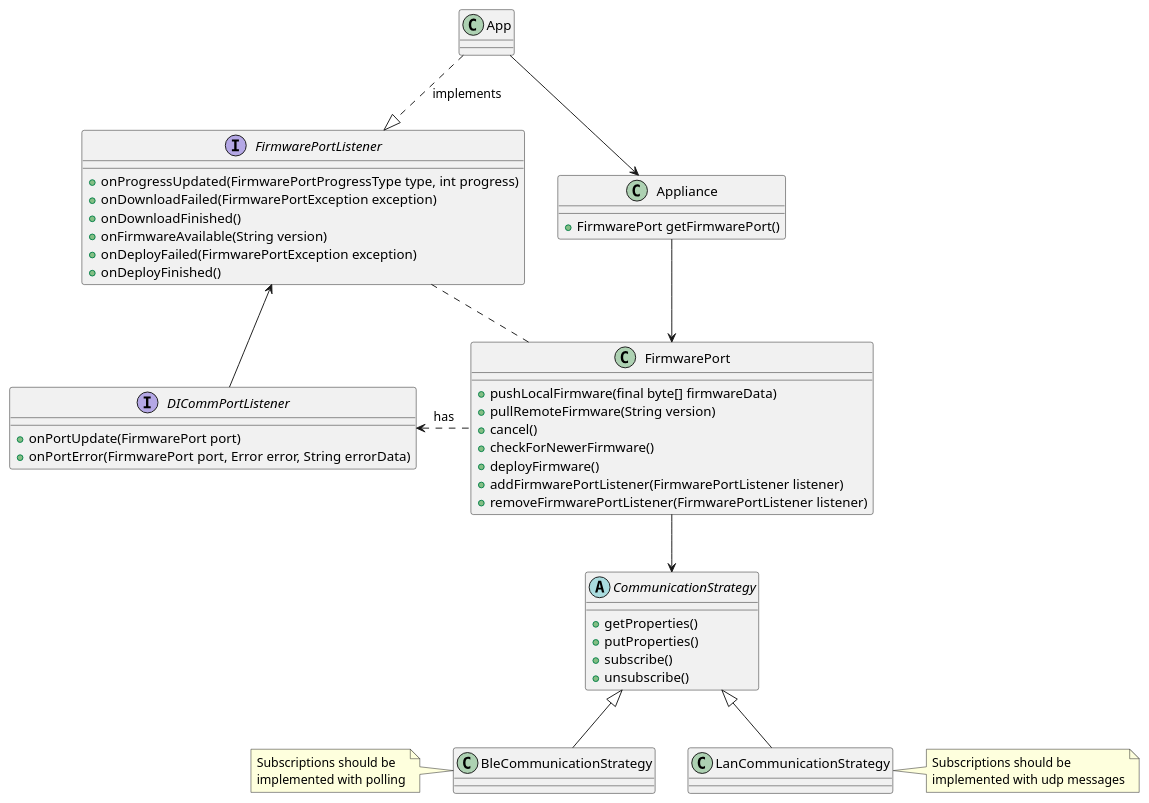
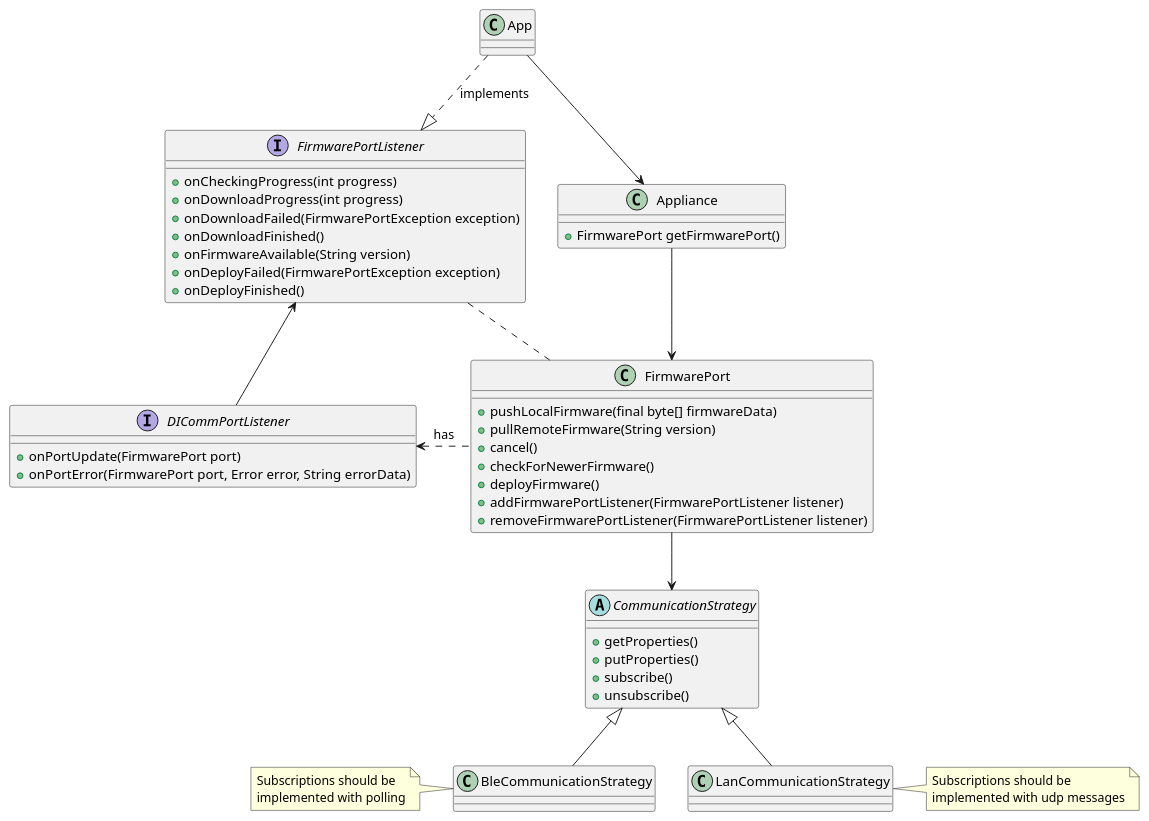
Before and after one commit to rahul2008/mobile-plf-android: the diagram in Documents/Internal/FirewareUpgrade.puml, drawn with PlantUML. The commit also changed 1 other file, not shown here.

Commit message:
CON-110 Update design document with specific progress methods.

```diff
--- a/Documents/Internal/FirewareUpgrade.puml
+++ b/Documents/Internal/FirewareUpgrade.puml
@@ -1,61 +1,62 @@
 @startuml
 
 class App {
 }
 
 class Appliance {
     + FirmwarePort getFirmwarePort()
 }
 
 class FirmwarePort {
     + pushLocalFirmware(final byte[] firmwareData)
     + pullRemoteFirmware(String version)
     + cancel()
     + checkForNewerFirmware()
     + deployFirmware()
     + addFirmwarePortListener(FirmwarePortListener listener)
     + removeFirmwarePortListener(FirmwarePortListener listener)
 }
 
 interface FirmwarePortListener {
-    + onProgressUpdated(FirmwarePortProgressType type, int progress)
+    + onCheckingProgress(int progress)
+    + onDownloadProgress(int progress)
     + onDownloadFailed(FirmwarePortException exception)
     + onDownloadFinished()
     + onFirmwareAvailable(String version)
     + onDeployFailed(FirmwarePortException exception)
     + onDeployFinished()
 }
 
 interface DICommPortListener {
     + onPortUpdate(FirmwarePort port)
     + onPortError(FirmwarePort port, Error error, String errorData)
 }
 
 abstract class CommunicationStrategy {
     + getProperties()
     + putProperties()
     + subscribe()
     + unsubscribe()
 }
 
 
 class BleCommunicationStrategy {
 }
 note left : Subscriptions should be\nimplemented with polling
 
 class LanCommunicationStrategy {
 }
 note right : Subscriptions should be\nimplemented with udp messages
 
 
 App -down-> Appliance
 App ..|> FirmwarePortListener : implements
 Appliance -down-> FirmwarePort
 FirmwarePort .. FirmwarePortListener
 FirmwarePort .left.> DICommPortListener: has
 DICommPortListener -up-> FirmwarePortListener
 CommunicationStrategy <|-- LanCommunicationStrategy
 CommunicationStrategy <|-- BleCommunicationStrategy
 FirmwarePort --> CommunicationStrategy
 
 @enduml
```
